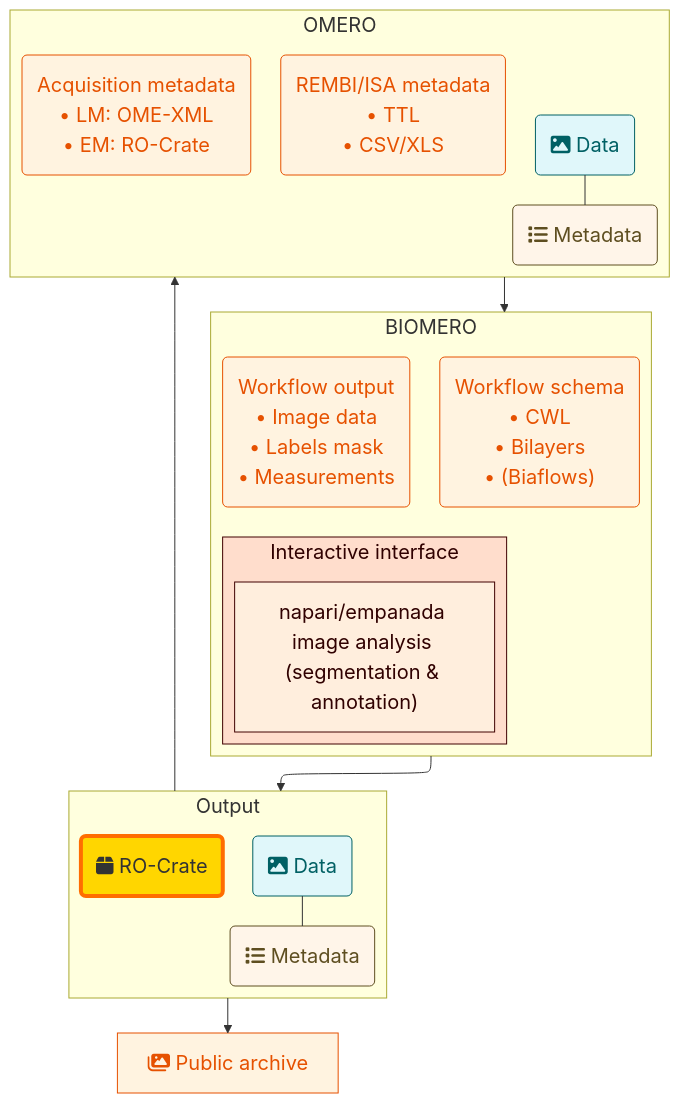
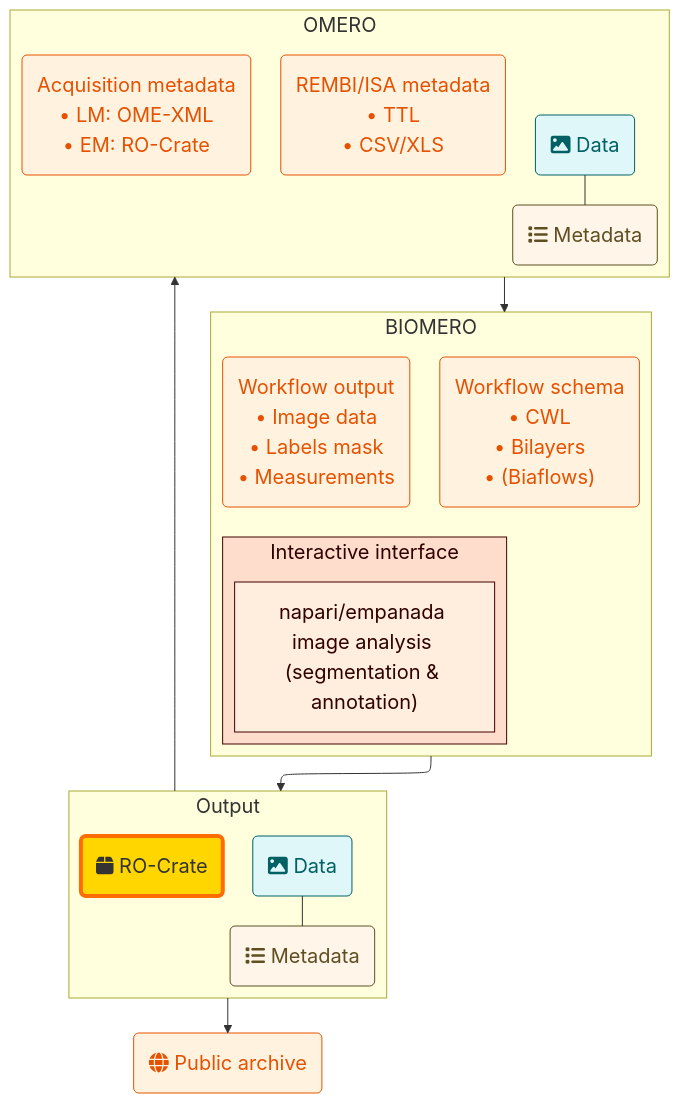
One commit to NL-BioImaging/fair-segmentation changed the diagram in docs/poster.md. Above: the diagram before and after it, drawn with Mermaid.

````diff
--- a/docs/poster.md
+++ b/docs/poster.md
@@ -28,54 +28,54 @@
 ```mermaid
 ---
 config:
   themeVariables:
     fontSize: 20px
   layout: elk
 ---
 flowchart
  subgraph omero["OMERO"]
         data("fa:fa-image Data"):::blue
         metadata("fa:fa-list Metadata"):::gold
         rembi("REMBI/ISA metadata
 • TTL
 • CSV/XLS"):::red
         acq("Acquisition metadata
 • LM: OME-XML
 • EM: RO-Crate"):::red
   end
  subgraph output["Output"]
         data2("fa:fa-image Data"):::blue
         metadata2("fa:fa-list Metadata"):::gold
         rocrate("fa:fa-box RO-Crate")
   end
  subgraph xpra["Interactive interface"]
         napari["napari/empanada image analysis (segmentation &amp; annotation)"]
   end
  subgraph biomero["BIOMERO"]
  direction LR
         xpra
         schema("Workflow schema
 • CWL
 • Bilayers
 • (Biaflows)"):::red
         workflow("Workflow output
 • Image data
 • Labels mask
 • Measurements"):::red
   end
     biomero --> output
     omero --> biomero
     data --- metadata
     data2 --- metadata2
-    output --> omero & archive["fa:fa-images Public archive"]:::red
+    output --> omero & archive("fa:fa-globe Public archive"):::red
     omero ~~~ biomero
 
     style rocrate stroke:#FF6D00,fill:#FFD600,stroke-width:4px
     style xpra fill:#ffddcc,stroke:#400000,color:#300000
     style napari fill:#ffeedd,stroke:#400000,color:#300000
 
     classDef blue fill:#e0f7fa,stroke:#006064,color:#006064
     classDef gold fill:#fff5e9,stroke:#5e4e20,color:#5e4e20
     classDef red fill:#fff3e0,stroke:#e65100,color:#e65100
     classDef gray fill:#eceff1,stroke:#37474f,color:#37474f
 ```
````
